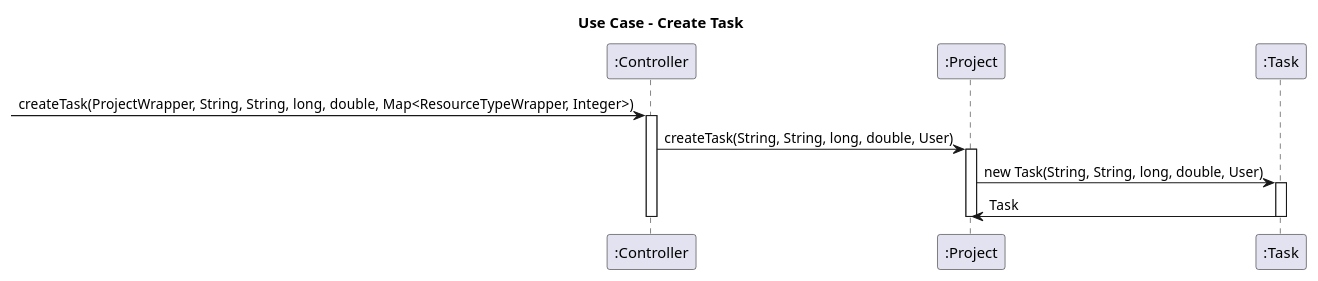
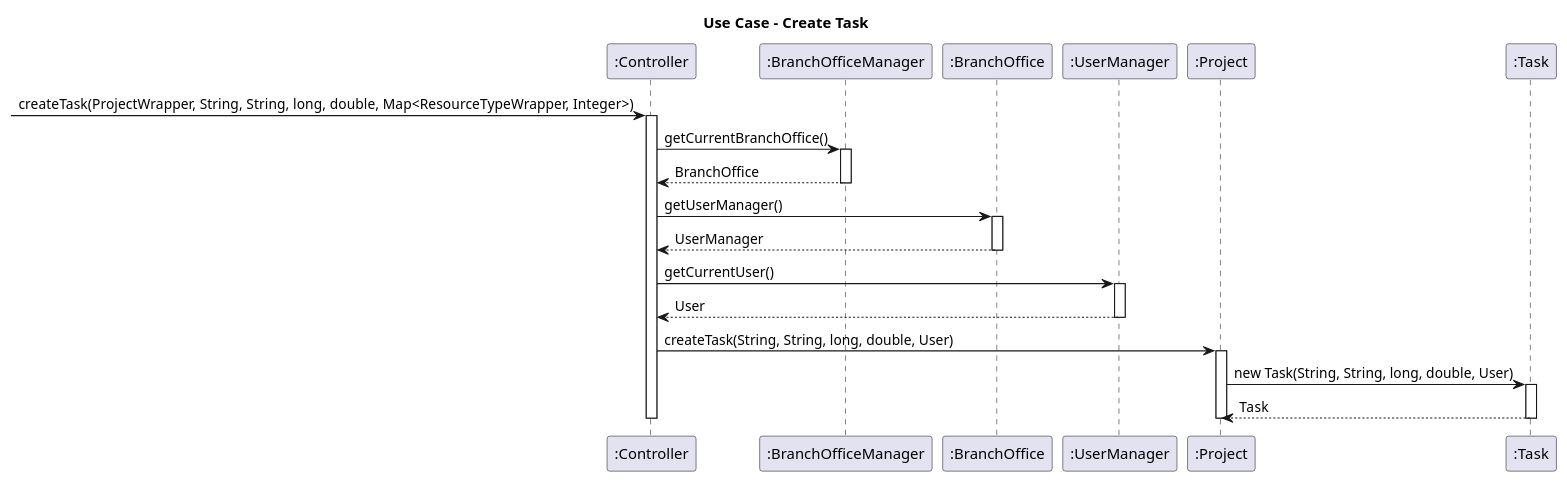
One commit to julienbenaouda/projectJJA changed the diagram in diagrams/interaction_diagrams/UC 4 - Create Task.plantuml. Above: the diagram before and after it, drawn with PlantUML. The commit also changed 6 other files, not shown here.

Commit message:
Fix create task & add interaction diagrams

```diff
--- a/diagrams/interaction_diagrams/UC 4 - Create Task.plantuml
+++ b/diagrams/interaction_diagrams/UC 4 - Create Task.plantuml
@@ -1,19 +1,34 @@
 @startuml
 
 title "Use Case - Create Task"
 
 -> ":Controller": createTask(ProjectWrapper, String, String, long, double, Map<ResourceTypeWrapper, Integer>)
 activate ":Controller"
 
+":Controller" -> ":BranchOfficeManager": getCurrentBranchOffice()
+activate ":BranchOfficeManager"
+":Controller" <-- ":BranchOfficeManager": BranchOffice
+deactivate ":BranchOfficeManager"
+
+":Controller" -> ":BranchOffice": getUserManager()
+activate ":BranchOffice"
+":Controller" <-- ":BranchOffice": UserManager
+deactivate ":BranchOffice"
+
+":Controller" -> ":UserManager": getCurrentUser()
+activate ":UserManager"
+":Controller" <-- ":UserManager": User
+deactivate ":UserManager"
+
 ":Controller" -> ":Project" : createTask(String, String, long, double, User)
 activate ":Project"
 
 ":Project" -> ":Task" : new Task(String, String, long, double, User)
 activate ":Task"
-":Task" -> ":Project" : Task
+":Project" <-- ":Task": Task
 deactivate ":Task"
 deactivate ":Project"
 
 deactivate ":Controller"
 
 @enduml
```
